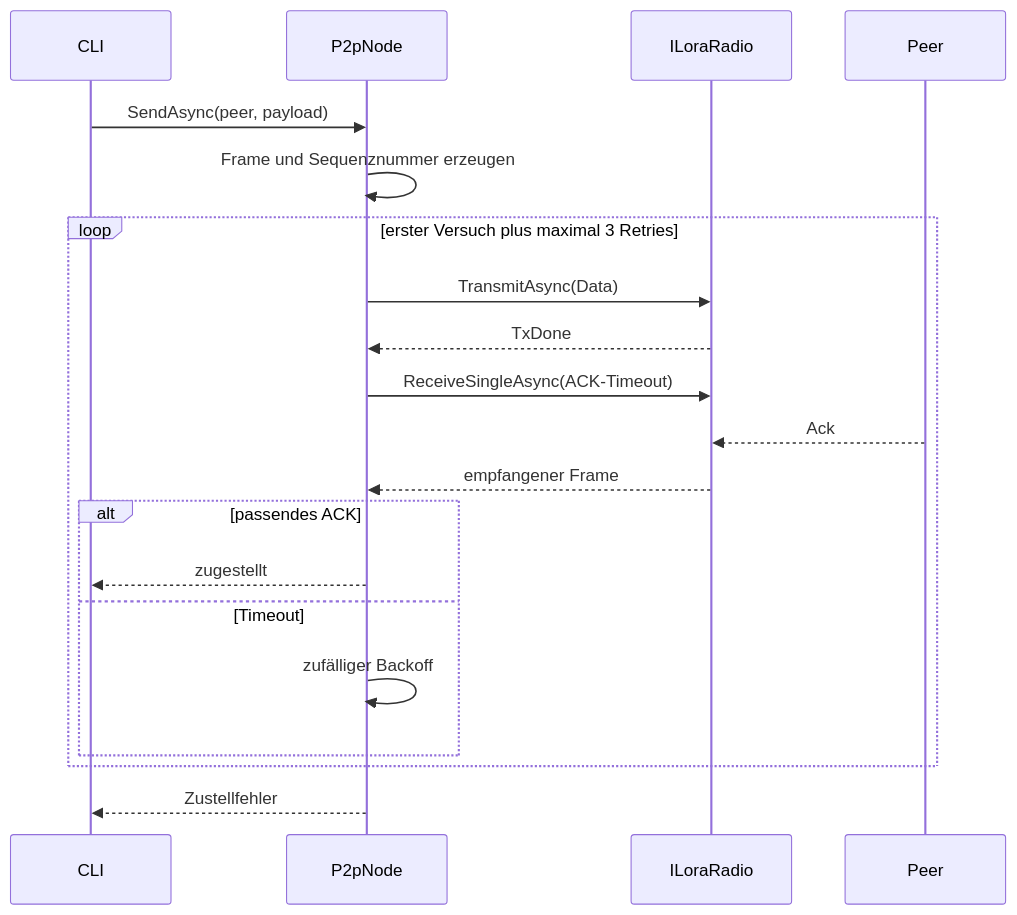
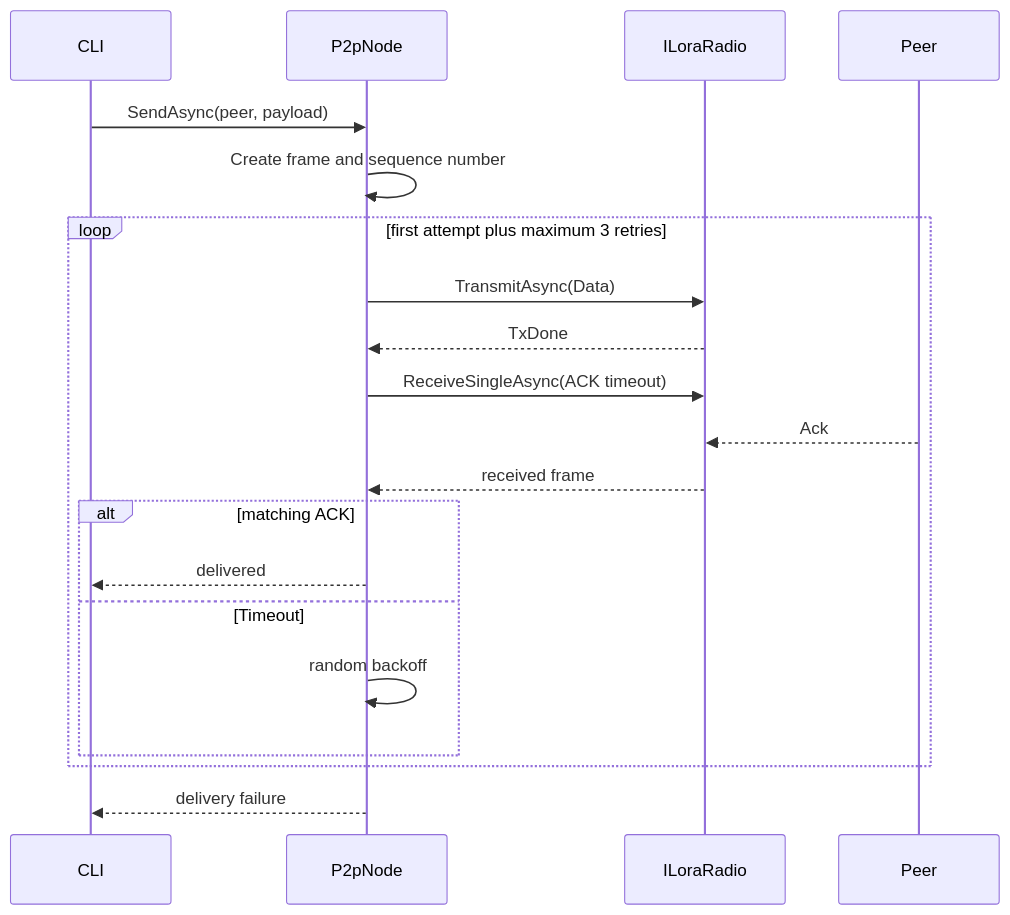
Before and after one commit to thomasbiel/LoRaP2P: the second of 2 diagrams in docs/p2p/architecture.md, drawn with Mermaid. The commit also changed other lines of this file and 20 other files, not shown here.

````diff
--- a/docs/p2p/architecture.md
+++ b/docs/p2p/architecture.md
@@ -161,25 +160,25 @@
 ```mermaid
 sequenceDiagram
     participant CLI
     participant Node as P2pNode
     participant Radio as ILoraRadio
     participant Peer
 
     CLI->>Node: SendAsync(peer, payload)
-    Node->>Node: Frame und Sequenznummer erzeugen
+    Node->>Node: Create frame and sequence number
 
-    loop erster Versuch plus maximal 3 Retries
+    loop first attempt plus maximum 3 retries
         Node->>Radio: TransmitAsync(Data)
         Radio-->>Node: TxDone
-        Node->>Radio: ReceiveSingleAsync(ACK-Timeout)
+      Node->>Radio: ReceiveSingleAsync(ACK timeout)
         Peer-->>Radio: Ack
-        Radio-->>Node: empfangener Frame
-        alt passendes ACK
-            Node-->>CLI: zugestellt
-        else Timeout
-            Node->>Node: zufälliger Backoff
+      Radio-->>Node: received frame
+      alt matching ACK
+        Node-->>CLI: delivered
+      else Timeout
+        Node->>Node: random backoff
         end
     end
 
-    Node-->>CLI: Zustellfehler
+    Node-->>CLI: delivery failure
 ```
````
